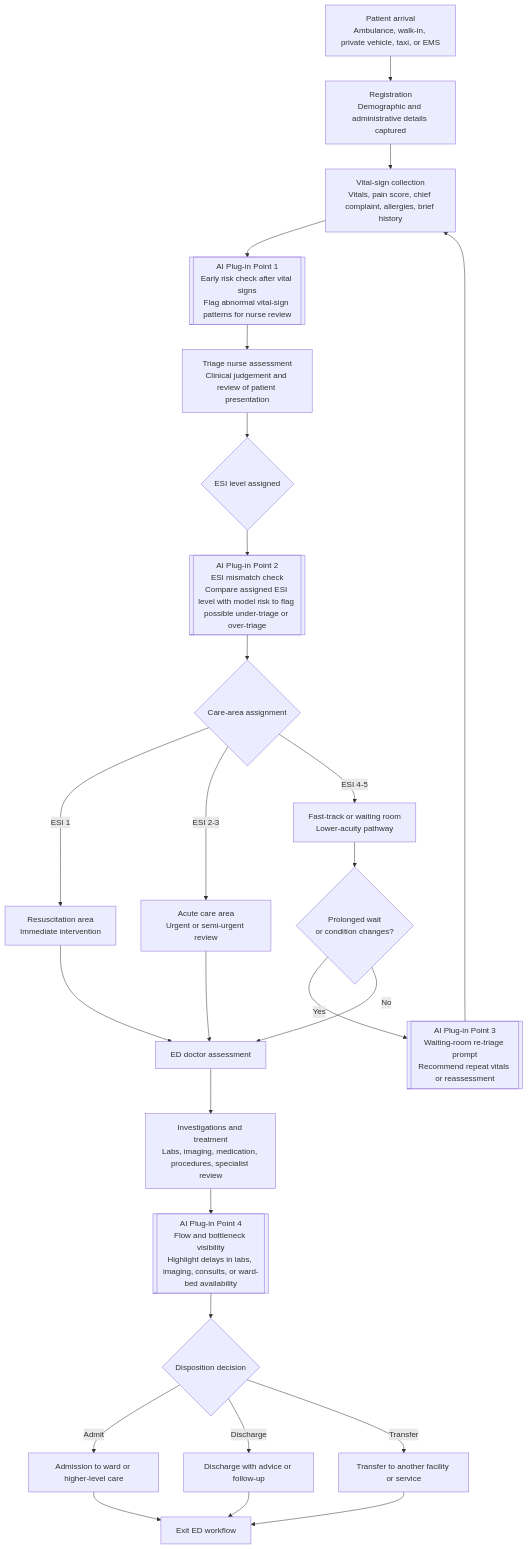
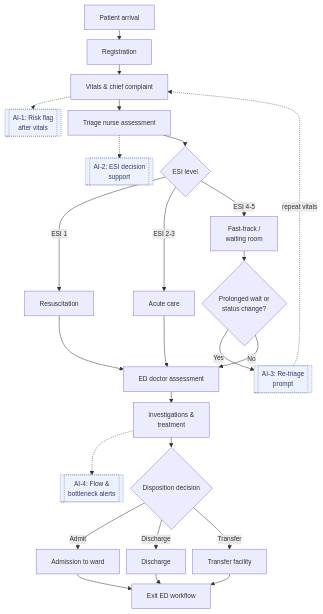
The diagram in docs/Week3/Final_Week3workflow.md (Kari-2005/carisurg-portfolio), drawn with Mermaid before and after one commit.

````diff
--- a/docs/Week3/Final_Week3workflow.md
+++ b/docs/Week3/Final_Week3workflow.md
@@ -1,53 +1,34 @@
 ```mermaid
+%%{init: {'flowchart': {'nodeSpacing': 14, 'rankSpacing': 20, 'curve': 'basis'}, 'themeVariables': {'fontSize': '13px'}}}%%
 flowchart TD
+    A[Patient arrival] --> B[Registration]
+    B --> C[Vitals & chief complaint]
+    C -.-> P1[["AI-1: Risk flag<br/>after vitals"]]
+    C --> D[Triage nurse assessment]
+    D -.-> P2[["AI-2: ESI decision<br/>support"]]
+    D --> E{ESI level}
 
-A["Patient arrival<br/>Ambulance, walk-in, private vehicle, taxi, or EMS"] --> B["Registration<br/>Demographic and administrative details captured"]
+    E -->|ESI 1| F[Resuscitation]
+    E -->|ESI 2-3| G[Acute care]
+    E -->|ESI 4-5| H[Fast-track /<br/>waiting room]
+    H --> I{Prolonged wait or<br/>status change?}
+    I -->|Yes| P3[["AI-3: Re-triage<br/>prompt"]]
+    I -->|No| J[ED doctor assessment]
+    F --> J
+    G --> J
 
-B --> C["Vital-sign collection<br/>Vitals, pain score, chief complaint, allergies, brief history"]
+    J --> K[Investigations &<br/>treatment]
+    K -.-> P4[["AI-4: Flow &<br/>bottleneck alerts"]]
+    K --> L{Disposition decision}
+    L -->|Admit| M[Admission to ward]
+    L -->|Discharge| N[Discharge]
+    L -->|Transfer| O[Transfer facility]
+    M --> Q[Exit ED workflow]
+    N --> Q
+    O --> Q
 
-C --> P1[["AI Plug-in Point 1<br/>Early risk check after vital signs<br/>Flag abnormal vital-sign patterns for nurse review"]]
+    P3 -.->|repeat vitals| C
 
-P1 --> D["Triage nurse assessment<br/>Clinical judgement and review of patient presentation"]
-
-D --> E{"ESI level assigned"}
-
-E --> P2[["AI Plug-in Point 2<br/>ESI mismatch check<br/>Compare assigned ESI level with model risk to flag possible under-triage or over-triage"]]
-
-P2 --> F{"Care-area assignment"}
-
-F -->|ESI 1| G["Resuscitation area<br/>Immediate intervention"]
-
-F -->|ESI 2-3| H["Acute care area<br/>Urgent or semi-urgent review"]
-
-F -->|ESI 4-5| I["Fast-track or waiting room<br/>Lower-acuity pathway"]
-
-I --> J{"Prolonged wait<br/>or condition changes?"}
-
-J -->|Yes| P3[["AI Plug-in Point 3<br/>Waiting-room re-triage prompt<br/>Recommend repeat vitals or reassessment"]]
-
-P3 --> C
-
-J -->|No| K["ED doctor assessment"]
-
-G --> K
-
-H --> K
-
-K --> L["Investigations and treatment<br/>Labs, imaging, medication, procedures, specialist review"]
-
-L --> P4[["AI Plug-in Point 4<br/>Flow and bottleneck visibility<br/>Highlight delays in labs, imaging, consults, or ward-bed availability"]]
-
-P4 --> M{"Disposition decision"}
-
-M -->|Admit| N["Admission to ward or higher-level care"]
-
-M -->|Discharge| O["Discharge with advice or follow-up"]
-
-M -->|Transfer| R["Transfer to another facility or service"]
-
-N --> S["Exit ED workflow"]
-
-O --> S
-
-R --> S
+    classDef ai fill:#eef2ff,stroke:#5b6bb0,stroke-dasharray: 2 2,color:#33396b;
+    class P1,P2,P3,P4 ai;
 ```
````
